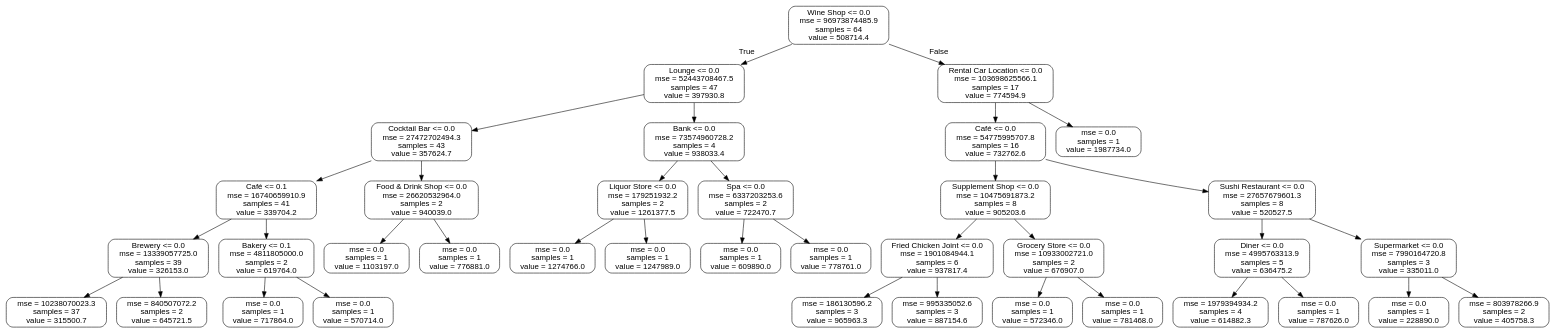
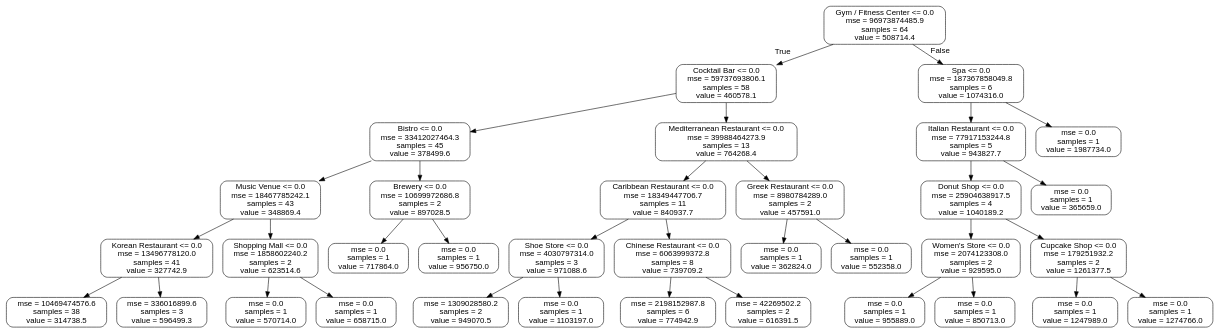
Before and after one commit to allaccountstaken/predicting_urban_home_values: the diagram in tree_price.dot, drawn with Graphviz. The commit also changed 2 other files, not shown here.

Commit message:
regen feature importance chart

```diff
--- a/tree_price.dot
+++ b/tree_price.dot
@@ -1,77 +1,73 @@
 digraph Tree {
 node [shape=box, style="rounded", color="black", fontname=helvetica] ;
 edge [fontname=helvetica] ;
-0 [label="Wine Shop <= 0.0\nmse = 96973874485.9\nsamples = 64\nvalue = 508714.4"] ;
-1 [label="Lounge <= 0.0\nmse = 52443708467.5\nsamples = 47\nvalue = 397930.8"] ;
+0 [label="Gym / Fitness Center <= 0.0\nmse = 96973874485.9\nsamples = 64\nvalue = 508714.4"] ;
+1 [label="Cocktail Bar <= 0.0\nmse = 59737693806.1\nsamples = 58\nvalue = 460578.1"] ;
 0 -> 1 [labeldistance=2.5, labelangle=45, headlabel="True"] ;
-2 [label="Cocktail Bar <= 0.0\nmse = 27472702494.3\nsamples = 43\nvalue = 357624.7"] ;
+2 [label="Bistro <= 0.0\nmse = 33412027464.3\nsamples = 45\nvalue = 378499.6"] ;
 1 -> 2 ;
-3 [label="Café <= 0.1\nmse = 16740659910.9\nsamples = 41\nvalue = 339704.2"] ;
+3 [label="Music Venue <= 0.0\nmse = 18467785242.1\nsamples = 43\nvalue = 348869.4"] ;
 2 -> 3 ;
-4 [label="Brewery <= 0.0\nmse = 13339057725.0\nsamples = 39\nvalue = 326153.0"] ;
+4 [label="Korean Restaurant <= 0.0\nmse = 13496778120.0\nsamples = 41\nvalue = 327742.9"] ;
 3 -> 4 ;
-5 [label="mse = 10238070023.3\nsamples = 37\nvalue = 315500.7"] ;
+5 [label="mse = 10469474576.6\nsamples = 38\nvalue = 314738.5"] ;
 4 -> 5 ;
-6 [label="mse = 840507072.2\nsamples = 2\nvalue = 645721.5"] ;
+6 [label="mse = 336016899.6\nsamples = 3\nvalue = 596499.3"] ;
 4 -> 6 ;
-7 [label="Bakery <= 0.1\nmse = 4811805000.0\nsamples = 2\nvalue = 619764.0"] ;
+7 [label="Shopping Mall <= 0.0\nmse = 1858602240.2\nsamples = 2\nvalue = 623514.6"] ;
 3 -> 7 ;
-8 [label="mse = 0.0\nsamples = 1\nvalue = 717864.0"] ;
+8 [label="mse = 0.0\nsamples = 1\nvalue = 570714.0"] ;
 7 -> 8 ;
-9 [label="mse = 0.0\nsamples = 1\nvalue = 570714.0"] ;
+9 [label="mse = 0.0\nsamples = 1\nvalue = 658715.0"] ;
 7 -> 9 ;
-10 [label="Food & Drink Shop <= 0.0\nmse = 26620532964.0\nsamples = 2\nvalue = 940039.0"] ;
+10 [label="Brewery <= 0.0\nmse = 10699972686.8\nsamples = 2\nvalue = 897028.5"] ;
 2 -> 10 ;
-11 [label="mse = 0.0\nsamples = 1\nvalue = 1103197.0"] ;
+11 [label="mse = 0.0\nsamples = 1\nvalue = 717864.0"] ;
 10 -> 11 ;
-12 [label="mse = 0.0\nsamples = 1\nvalue = 776881.0"] ;
+12 [label="mse = 0.0\nsamples = 1\nvalue = 956750.0"] ;
 10 -> 12 ;
-13 [label="Bank <= 0.0\nmse = 73574960728.2\nsamples = 4\nvalue = 938033.4"] ;
+13 [label="Mediterranean Restaurant <= 0.0\nmse = 39988464273.9\nsamples = 13\nvalue = 764268.4"] ;
 1 -> 13 ;
-14 [label="Liquor Store <= 0.0\nmse = 179251932.2\nsamples = 2\nvalue = 1261377.5"] ;
+14 [label="Caribbean Restaurant <= 0.0\nmse = 18349447706.7\nsamples = 11\nvalue = 840937.7"] ;
 13 -> 14 ;
-15 [label="mse = 0.0\nsamples = 1\nvalue = 1274766.0"] ;
+15 [label="Shoe Store <= 0.0\nmse = 4030797314.0\nsamples = 3\nvalue = 971088.6"] ;
 14 -> 15 ;
-16 [label="mse = 0.0\nsamples = 1\nvalue = 1247989.0"] ;
-14 -> 16 ;
-17 [label="Spa <= 0.0\nmse = 6337203253.6\nsamples = 2\nvalue = 722470.7"] ;
-13 -> 17 ;
-18 [label="mse = 0.0\nsamples = 1\nvalue = 609890.0"] ;
-17 -> 18 ;
-19 [label="mse = 0.0\nsamples = 1\nvalue = 778761.0"] ;
-17 -> 19 ;
-20 [label="Rental Car Location <= 0.0\nmse = 103698625566.1\nsamples = 17\nvalue = 774594.9"] ;
-0 -> 20 [labeldistance=2.5, labelangle=-45, headlabel="False"] ;
-21 [label="Café <= 0.0\nmse = 54775995707.8\nsamples = 16\nvalue = 732762.6"] ;
-20 -> 21 ;
-22 [label="Supplement Shop <= 0.0\nmse = 10475691873.2\nsamples = 8\nvalue = 905203.6"] ;
+16 [label="mse = 1309028580.2\nsamples = 2\nvalue = 949070.5"] ;
+15 -> 16 ;
+17 [label="mse = 0.0\nsamples = 1\nvalue = 1103197.0"] ;
+15 -> 17 ;
+18 [label="Chinese Restaurant <= 0.0\nmse = 6063999372.8\nsamples = 8\nvalue = 739709.2"] ;
+14 -> 18 ;
+19 [label="mse = 2198152987.8\nsamples = 6\nvalue = 774942.9"] ;
+18 -> 19 ;
+20 [label="mse = 42269502.2\nsamples = 2\nvalue = 616391.5"] ;
+18 -> 20 ;
+21 [label="Greek Restaurant <= 0.0\nmse = 8980784289.0\nsamples = 2\nvalue = 457591.0"] ;
+13 -> 21 ;
+22 [label="mse = 0.0\nsamples = 1\nvalue = 362824.0"] ;
 21 -> 22 ;
-23 [label="Fried Chicken Joint <= 0.0\nmse = 1901084944.1\nsamples = 6\nvalue = 937817.4"] ;
-22 -> 23 ;
-24 [label="mse = 186130596.2\nsamples = 3\nvalue = 965963.3"] ;
-23 -> 24 ;
-25 [label="mse = 995335052.6\nsamples = 3\nvalue = 887154.6"] ;
-23 -> 25 ;
-26 [label="Grocery Store <= 0.0\nmse = 10933002721.0\nsamples = 2\nvalue = 676907.0"] ;
-22 -> 26 ;
-27 [label="mse = 0.0\nsamples = 1\nvalue = 572346.0"] ;
+23 [label="mse = 0.0\nsamples = 1\nvalue = 552358.0"] ;
+21 -> 23 ;
+24 [label="Spa <= 0.0\nmse = 187367858049.8\nsamples = 6\nvalue = 1074316.0"] ;
+0 -> 24 [labeldistance=2.5, labelangle=-45, headlabel="False"] ;
+25 [label="Italian Restaurant <= 0.0\nmse = 77917153244.8\nsamples = 5\nvalue = 943827.7"] ;
+24 -> 25 ;
+26 [label="Donut Shop <= 0.0\nmse = 25904638917.5\nsamples = 4\nvalue = 1040189.2"] ;
+25 -> 26 ;
+27 [label="Women's Store <= 0.0\nmse = 2074123308.0\nsamples = 2\nvalue = 929595.0"] ;
 26 -> 27 ;
-28 [label="mse = 0.0\nsamples = 1\nvalue = 781468.0"] ;
-26 -> 28 ;
-29 [label="Sushi Restaurant <= 0.0\nmse = 27657679601.3\nsamples = 8\nvalue = 520527.5"] ;
-21 -> 29 ;
-30 [label="Diner <= 0.0\nmse = 4995763313.9\nsamples = 5\nvalue = 636475.2"] ;
-29 -> 30 ;
-31 [label="mse = 1979394934.2\nsamples = 4\nvalue = 614882.3"] ;
+28 [label="mse = 0.0\nsamples = 1\nvalue = 955889.0"] ;
+27 -> 28 ;
+29 [label="mse = 0.0\nsamples = 1\nvalue = 850713.0"] ;
+27 -> 29 ;
+30 [label="Cupcake Shop <= 0.0\nmse = 179251932.2\nsamples = 2\nvalue = 1261377.5"] ;
+26 -> 30 ;
+31 [label="mse = 0.0\nsamples = 1\nvalue = 1247989.0"] ;
 30 -> 31 ;
-32 [label="mse = 0.0\nsamples = 1\nvalue = 787626.0"] ;
+32 [label="mse = 0.0\nsamples = 1\nvalue = 1274766.0"] ;
 30 -> 32 ;
-33 [label="Supermarket <= 0.0\nmse = 7990164720.8\nsamples = 3\nvalue = 335011.0"] ;
-29 -> 33 ;
-34 [label="mse = 0.0\nsamples = 1\nvalue = 228890.0"] ;
-33 -> 34 ;
-35 [label="mse = 803978266.9\nsamples = 2\nvalue = 405758.3"] ;
-33 -> 35 ;
-36 [label="mse = 0.0\nsamples = 1\nvalue = 1987734.0"] ;
-20 -> 36 ;
+33 [label="mse = 0.0\nsamples = 1\nvalue = 365659.0"] ;
+25 -> 33 ;
+34 [label="mse = 0.0\nsamples = 1\nvalue = 1987734.0"] ;
+24 -> 34 ;
 }
```
